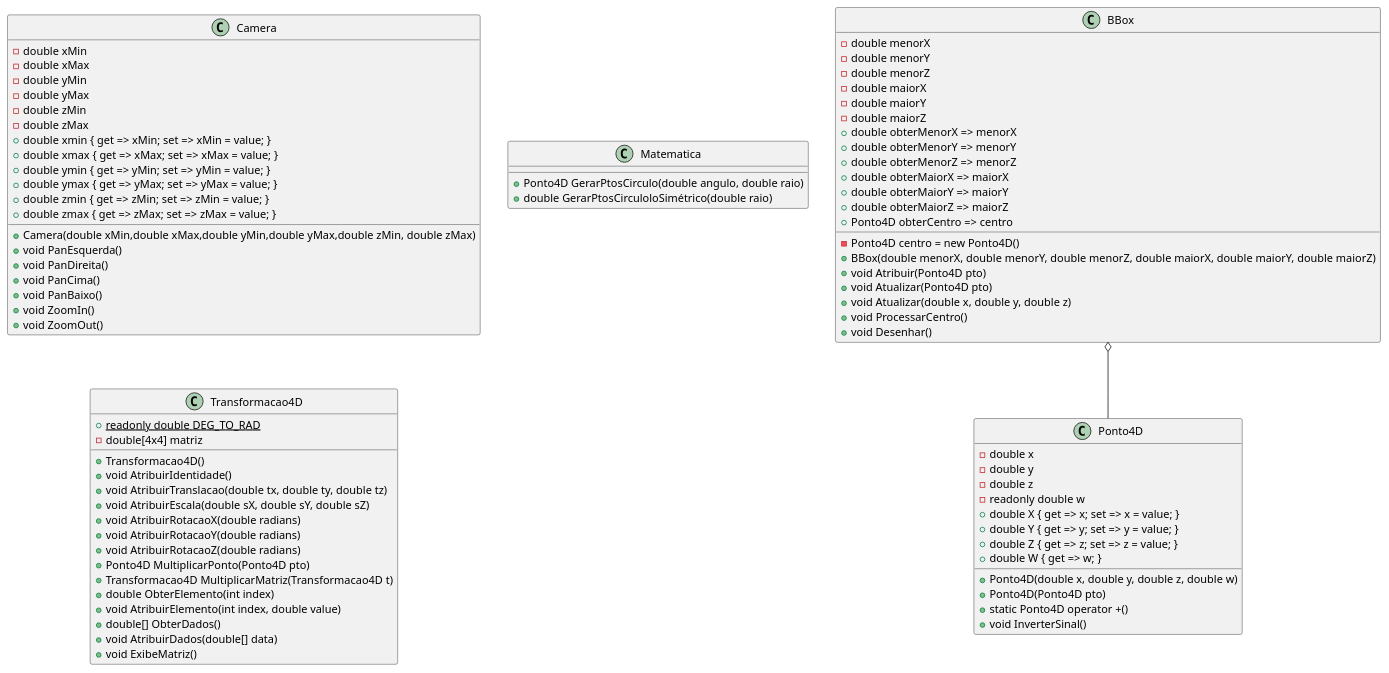
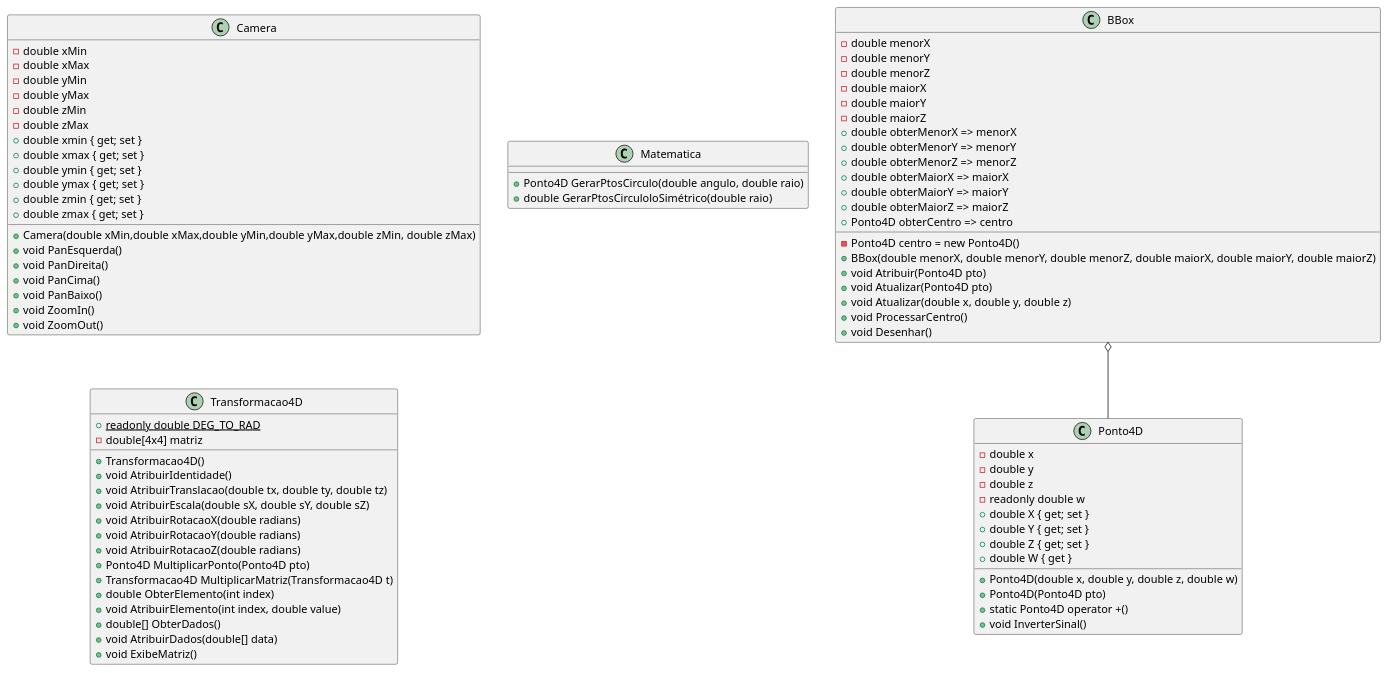
Before and after one commit to gustavospiess/gcg-cg: the diagram in CG_Biblioteca/docs/umlClasses.wsd, drawn with PlantUML.

Commit message:
Diminui descrição Get/Set/

```diff
--- a/CG_Biblioteca/docs/umlClasses.wsd
+++ b/CG_Biblioteca/docs/umlClasses.wsd
@@ -2,78 +2,78 @@
 @startuml CG_Biblioteca
 
 BBox : - double menorX
 BBox : - double menorY
 BBox : - double menorZ
 BBox : - double maiorX
 BBox : - double maiorY
 BBox : - double maiorZ
 BBox : - Ponto4D centro = new Ponto4D()
 BBox : + BBox(double menorX, double menorY, double menorZ, double maiorX, double maiorY, double maiorZ)
 BBox : + void Atribuir(Ponto4D pto)
 BBox : + void Atualizar(Ponto4D pto)
 BBox : + void Atualizar(double x, double y, double z)
 BBox : + void ProcessarCentro()
 BBox : + void Desenhar()
 BBox : + double obterMenorX => menorX
 BBox : + double obterMenorY => menorY
 BBox : + double obterMenorZ => menorZ
 BBox : + double obterMaiorX => maiorX
 BBox : + double obterMaiorY => maiorY
 BBox : + double obterMaiorZ => maiorZ
 BBox : + Ponto4D obterCentro => centro
 BBox o-- Ponto4D
 
 Camera : - double xMin
 Camera : - double xMax
 Camera : - double yMin
 Camera : - double yMax
 Camera : - double zMin
 Camera : - double zMax
 Camera : + Camera(double xMin,double xMax,double yMin,double yMax,double zMin, double zMax)
-Camera : + double xmin { get => xMin; set => xMin = value; }
-Camera : + double xmax { get => xMax; set => xMax = value; }
-Camera : + double ymin { get => yMin; set => yMin = value; }
-Camera : + double ymax { get => yMax; set => yMax = value; }
-Camera : + double zmin { get => zMin; set => zMin = value; }
-Camera : + double zmax { get => zMax; set => zMax = value; }
+Camera : + double xmin { get; set }
+Camera : + double xmax { get; set }
+Camera : + double ymin { get; set }
+Camera : + double ymax { get; set }
+Camera : + double zmin { get; set }
+Camera : + double zmax { get; set }
 Camera : + void PanEsquerda()
 Camera : + void PanDireita()
 Camera : + void PanCima()
 Camera : + void PanBaixo()
 Camera : + void ZoomIn()
 Camera : + void ZoomOut()
 
 Matematica : + Ponto4D GerarPtosCirculo(double angulo, double raio)
 Matematica : + double GerarPtosCirculoloSimétrico(double raio)
 
 Ponto4D : - double x
 Ponto4D : - double y
 Ponto4D : - double z
 Ponto4D : - readonly double w
 Ponto4D : + Ponto4D(double x, double y, double z, double w)
 Ponto4D : + Ponto4D(Ponto4D pto)
 Ponto4D : + static Ponto4D operator +()
-Ponto4D : + double X { get => x; set => x = value; }
-Ponto4D : + double Y { get => y; set => y = value; }
-Ponto4D : + double Z { get => z; set => z = value; }
-Ponto4D : + double W { get => w; }
+Ponto4D : + double X { get; set }
+Ponto4D : + double Y { get; set }
+Ponto4D : + double Z { get; set }
+Ponto4D : + double W { get }
 Ponto4D : + void InverterSinal()
 
 Transformacao4D : {static} + readonly double DEG_TO_RAD
 Transformacao4D : -double[4x4] matriz
 Transformacao4D : +Transformacao4D()
 Transformacao4D : +void AtribuirIdentidade()
 Transformacao4D : +void AtribuirTranslacao(double tx, double ty, double tz)
 Transformacao4D : +void AtribuirEscala(double sX, double sY, double sZ)
 Transformacao4D : +void AtribuirRotacaoX(double radians)
 Transformacao4D : +void AtribuirRotacaoY(double radians)
 Transformacao4D : +void AtribuirRotacaoZ(double radians)
 Transformacao4D : +Ponto4D MultiplicarPonto(Ponto4D pto)
 Transformacao4D : +Transformacao4D MultiplicarMatriz(Transformacao4D t)
 Transformacao4D : +double ObterElemento(int index)
 Transformacao4D : +void AtribuirElemento(int index, double value)
 Transformacao4D : +double[] ObterDados()
 Transformacao4D : +void AtribuirDados(double[] data)
 Transformacao4D : +void ExibeMatriz()
 
 @enduml
```
